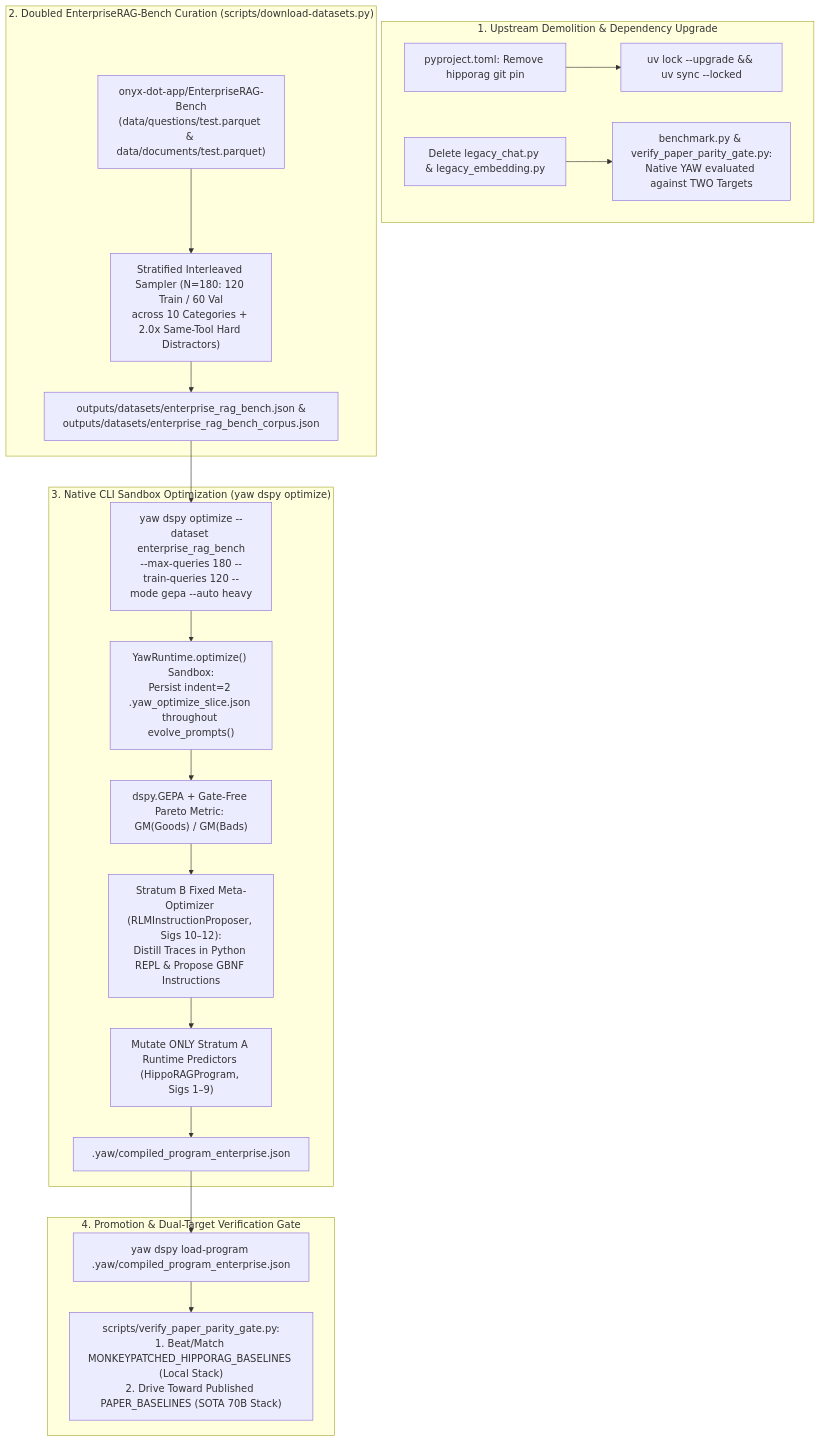
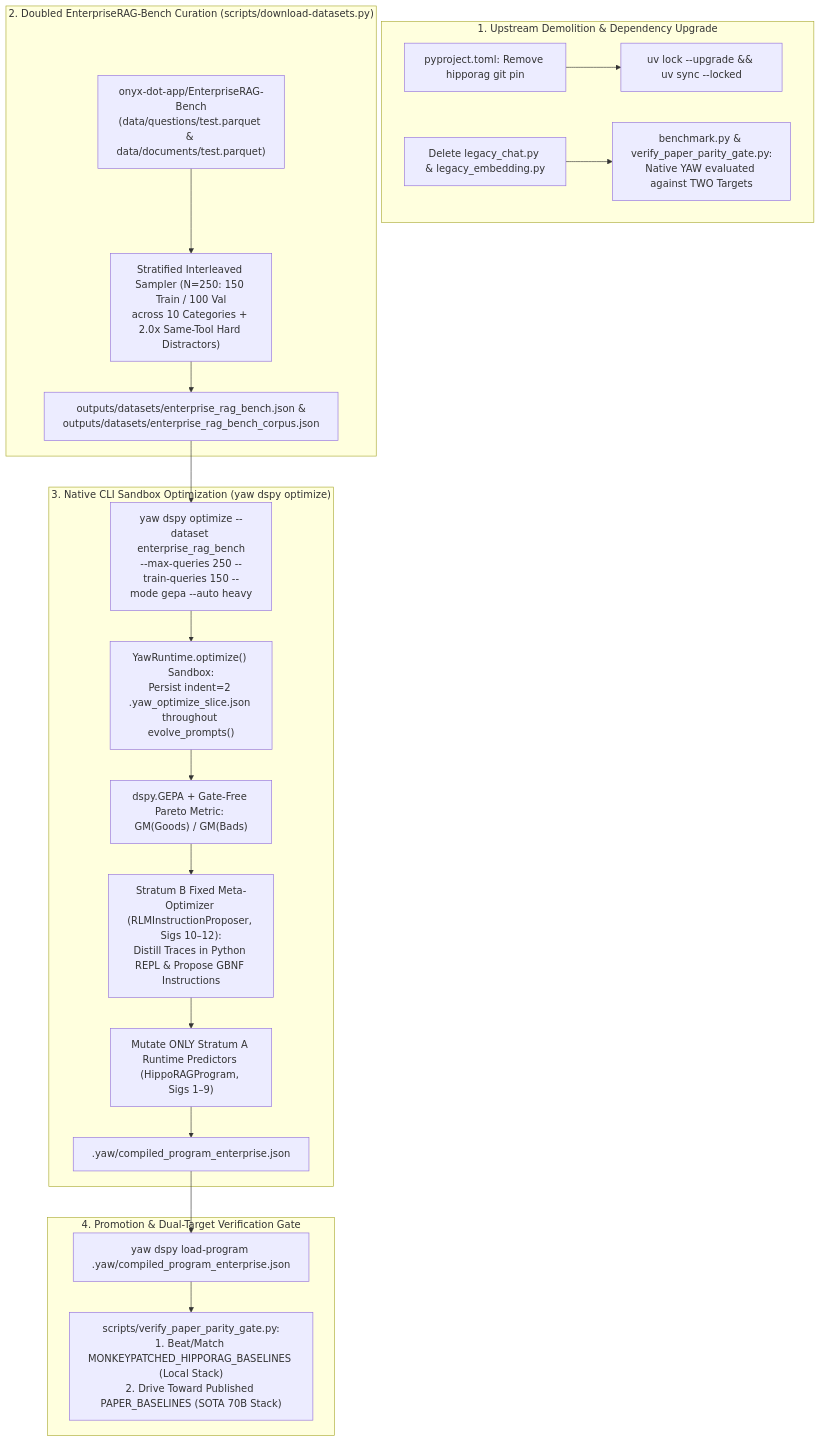
One commit to negatrait/yaw changed the diagram in docs/enterprise-rag-bench-training-plan.md. Above: the diagram before and after it, drawn with Mermaid. The commit also changed other lines of this file and 3 other files, not shown here.

Commit message:
docs: align EnterpriseRAG-Bench query count to canonical 250 (150 train + 100 val)

````diff
--- a/docs/enterprise-rag-bench-training-plan.md
+++ b/docs/enterprise-rag-bench-training-plan.md
@@ -34,26 +34,26 @@
 ```mermaid
 flowchart TD
     subgraph Demolition ["1. Upstream Demolition & Dependency Upgrade"]
         PYPROJ["pyproject.toml: Remove hipporag git pin"] --> UVUP["uv lock --upgrade && uv sync --locked"]
         DEL_LEGACY["Delete legacy_chat.py & legacy_embedding.py"] --> NATIVE_BENCH["benchmark.py & verify_paper_parity_gate.py:<br/>Native YAW evaluated against TWO Targets"]
     end
 
     subgraph DataCuration ["2. Doubled EnterpriseRAG-Bench Curation (scripts/download-datasets.py)"]
-        HF["onyx-dot-app/EnterpriseRAG-Bench<br/>(data/questions/test.parquet & data/documents/test.parquet)"] --> STRAT["Stratified Interleaved Sampler (N=180: 120 Train / 60 Val<br/>across 10 Categories + 2.0x Same-Tool Hard Distractors)"]
+        HF["onyx-dot-app/EnterpriseRAG-Bench<br/>(data/questions/test.parquet & data/documents/test.parquet)"] --> STRAT["Stratified Interleaved Sampler (N=250: 150 Train / 100 Val<br/>across 10 Categories + 2.0x Same-Tool Hard Distractors)"]
         STRAT --> OUT_DS["outputs/datasets/enterprise_rag_bench.json &<br/>outputs/datasets/enterprise_rag_bench_corpus.json"]
     end
 
     subgraph NativeCLI ["3. Native CLI Sandbox Optimization (yaw dspy optimize)"]
-        OUT_DS --> CLI_OPT["yaw dspy optimize --dataset enterprise_rag_bench<br/>--max-queries 180 --train-queries 120 --mode gepa --auto heavy"]
+        OUT_DS --> CLI_OPT["yaw dspy optimize --dataset enterprise_rag_bench<br/>--max-queries 250 --train-queries 150 --mode gepa --auto heavy"]
         CLI_OPT --> SANDBOX["YawRuntime.optimize() Sandbox:<br/>Persist indent=2 .yaw_optimize_slice.json throughout evolve_prompts()"]
         SANDBOX --> GEPA["dspy.GEPA + Gate-Free Pareto Metric: GM(Goods) / GM(Bads)"]
         GEPA --> PROPOSER["Stratum B Fixed Meta-Optimizer (RLMInstructionProposer, Sigs 10–12):<br/>Distill Traces in Python REPL & Propose GBNF Instructions"]
         PROPOSER --> TARGETS["Mutate ONLY Stratum A Runtime Predictors (HippoRAGProgram, Sigs 1–9)"]
         TARGETS --> ARTIFACT[".yaw/compiled_program_enterprise.json"]
     end
 
     subgraph DualTargetGate ["4. Promotion & Dual-Target Verification Gate"]
         ARTIFACT --> LOAD["yaw dspy load-program .yaw/compiled_program_enterprise.json"]
         LOAD --> GATE["scripts/verify_paper_parity_gate.py:<br/>1. Beat/Match MONKEYPATCHED_HIPPORAG_BASELINES (Local Stack)<br/>2. Drive Toward Published PAPER_BASELINES (SOTA 70B Stack)"]
     end
 ```
````
